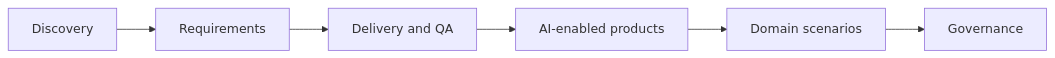
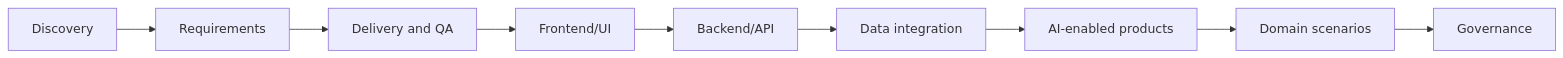
The diagram in docs/en/use-cases/index.md (anhtnt90dev/ai-for-ba), drawn with Mermaid before and after one commit. The commit also changed other lines of this file and 90 other files, not shown here.

````diff
--- a/docs/en/use-cases/index.md
+++ b/docs/en/use-cases/index.md
@@ -16,8 +16,11 @@
 ```mermaid
 flowchart LR
     A["Discovery"] --> B["Requirements"]
     B --> C["Delivery and QA"]
-    C --> D["AI-enabled products"]
-    D --> E["Domain scenarios"]
-    E --> F["Governance"]
+    C --> D["Frontend/UI"]
+    D --> E["Backend/API"]
+    E --> F["Data integration"]
+    F --> G["AI-enabled products"]
+    G --> H["Domain scenarios"]
+    H --> I["Governance"]
 ```
````
